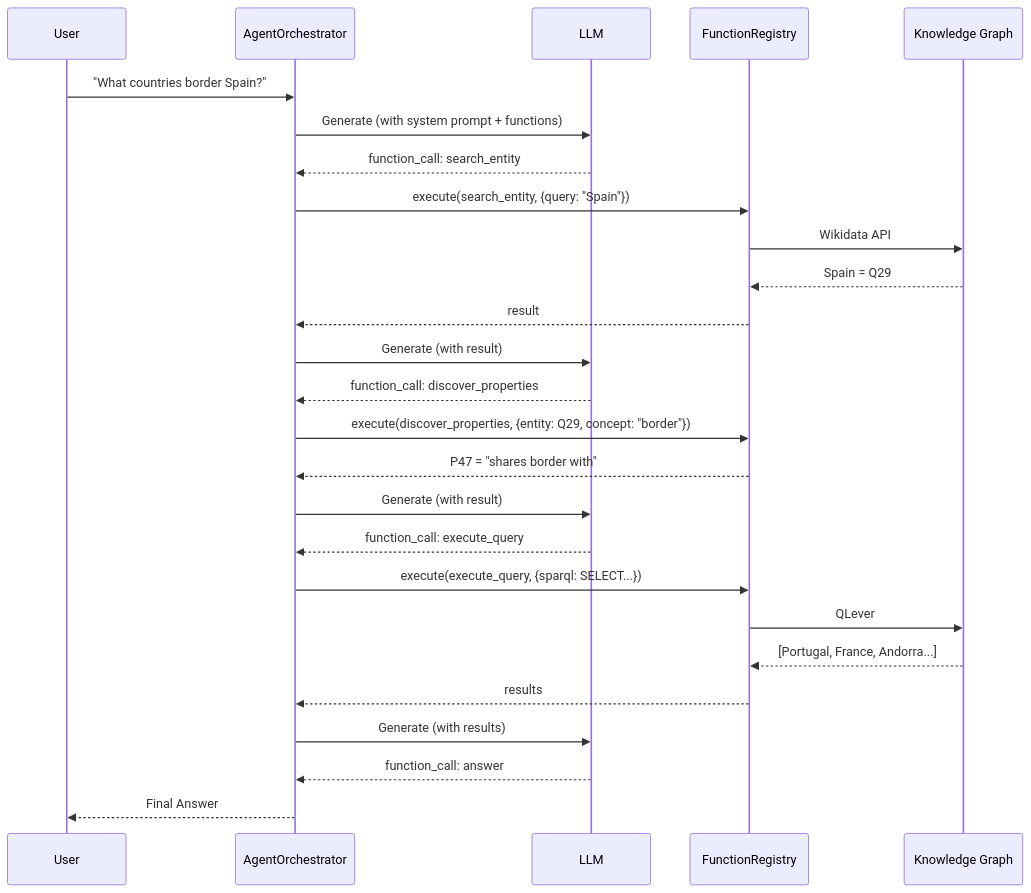
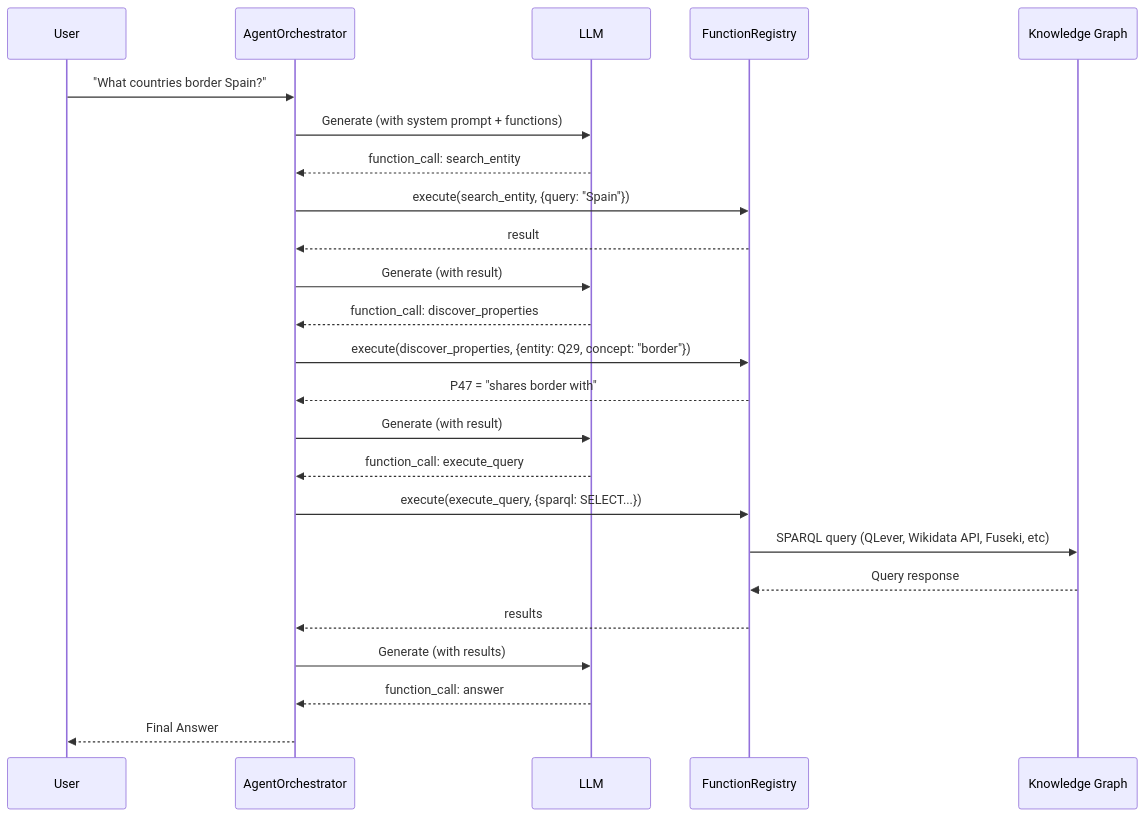
Before and after one commit to pyerum/nltosparql: the second of 3 diagrams in architecture.md, drawn with Mermaid. The commit also changed other lines of this file, not shown here.

````diff
--- a/architecture.md
+++ b/architecture.md
@@ -18,29 +23,27 @@
 ```mermaid
 sequenceDiagram
     participant U as User
     participant A as AgentOrchestrator
     participant L as LLM
     participant F as FunctionRegistry
     participant KG as Knowledge Graph
 
     U->>A: "What countries border Spain?"
     A->>L: Generate (with system prompt + functions)
     L-->>A: function_call: search_entity
     A->>F: execute(search_entity, {query: "Spain"})
-    F->>KG: Wikidata API
-    KG-->>F: Spain = Q29
     F-->>A: result
     A->>L: Generate (with result)
     L-->>A: function_call: discover_properties
     A->>F: execute(discover_properties, {entity: Q29, concept: "border"})
     F-->>A: P47 = "shares border with"
     A->>L: Generate (with result)
     L-->>A: function_call: execute_query
     A->>F: execute(execute_query, {sparql: SELECT...})
-    F->>KG: QLever
-    KG-->>F: [Portugal, France, Andorra...]
+    F->>KG: SPARQL query (QLever, Wikidata API, Fuseki, etc)
+    KG-->>F: Query response
     F-->>A: results
     A->>L: Generate (with results)
     L-->>A: function_call: answer
     A-->>U: Final Answer
 ```
````
